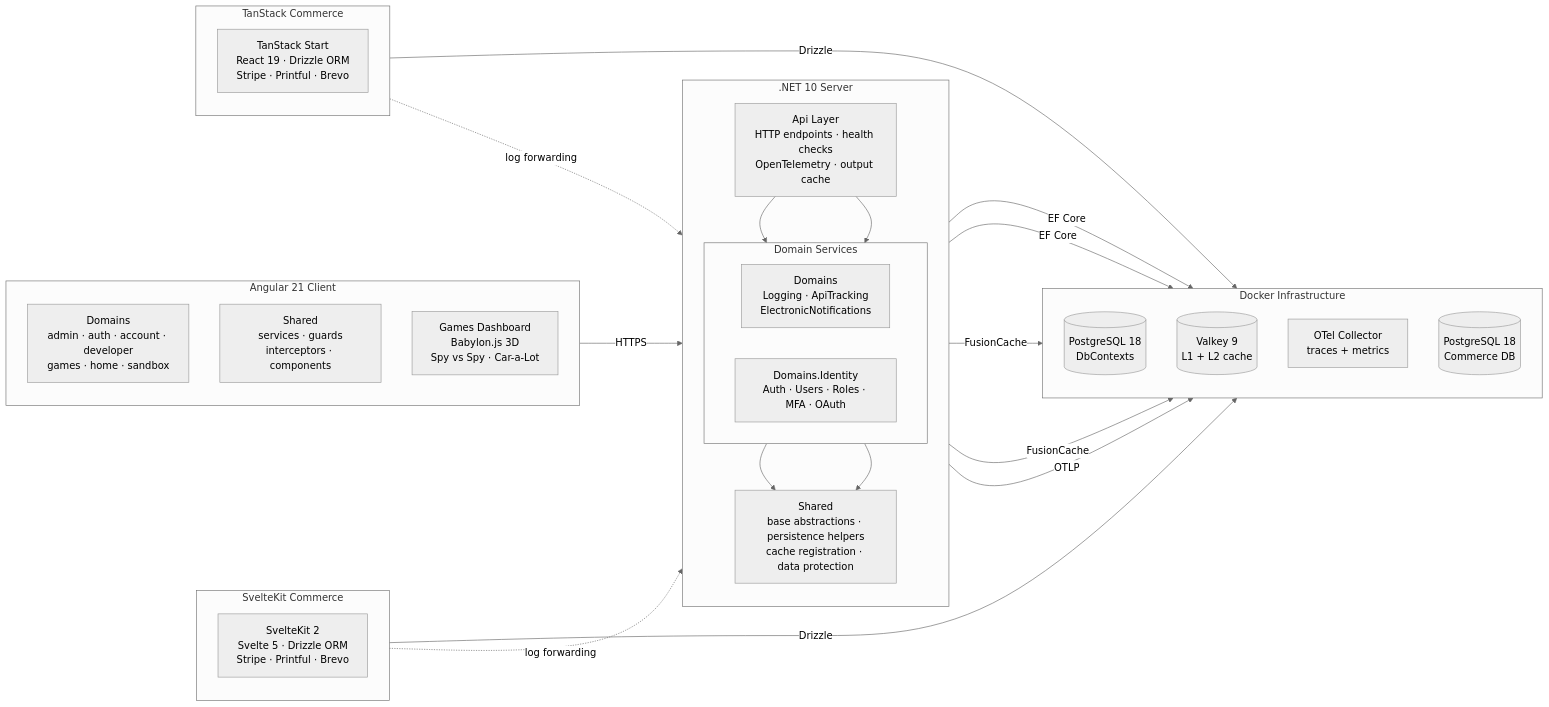
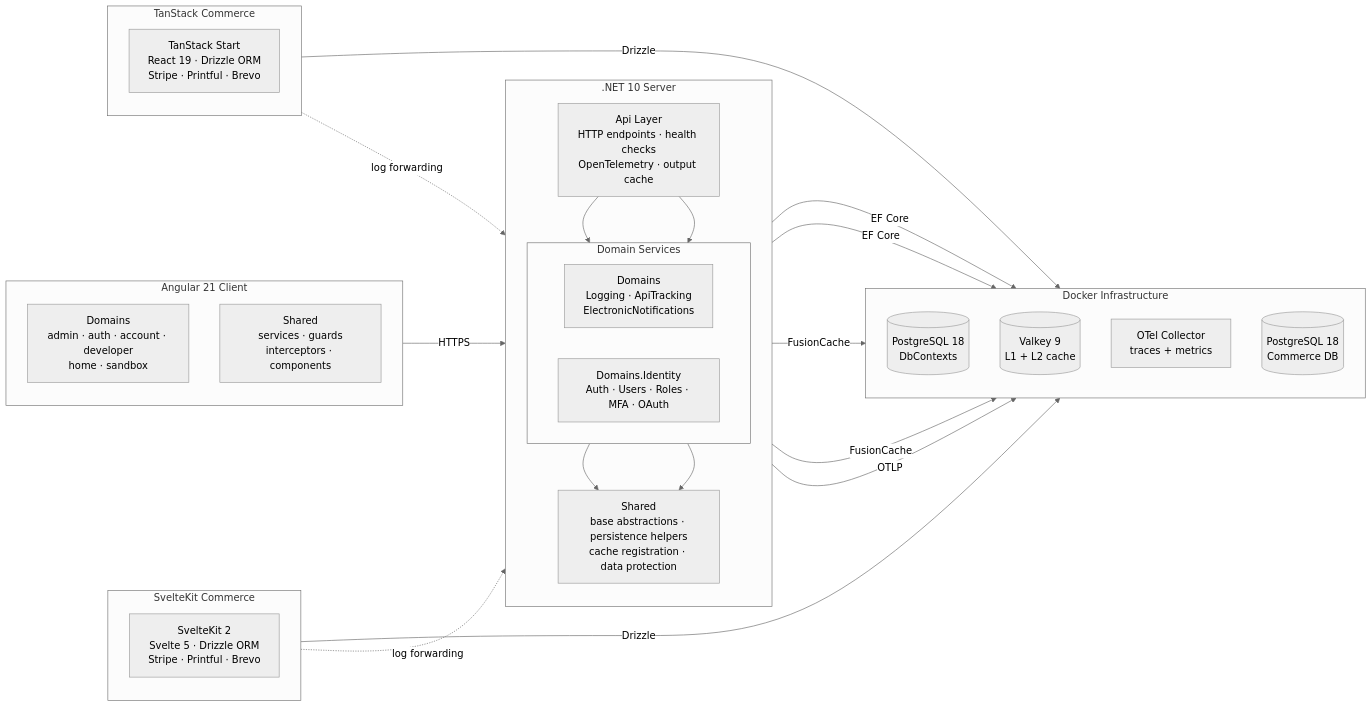
Before and after one commit to actionjacksonthegoat-debug/SeventySix: the first of 2 diagrams in README.md, drawn with Mermaid (neutral theme). The commit also changed other lines of this file and 232 other files, not shown here.

````diff
--- a/README.md
+++ b/README.md
@@ -294,53 +293,52 @@
 ```mermaid
 flowchart LR
     subgraph Client["Angular 21 Client"]
         direction TB
-        AppDomains["Domains<br/>admin · auth · account · developer<br/>games · home · sandbox"]
+        AppDomains["Domains<br/>admin · auth · account · developer<br/>home · sandbox"]
         AppShared["Shared<br/>services · guards<br/>interceptors · components"]
-        Games["Games Dashboard<br/>Babylon.js 3D<br/>Spy vs Spy · Car-a-Lot"]
     end
 
     subgraph Server[".NET 10 Server"]
         direction TB
         Api["Api Layer<br/>HTTP endpoints · health checks<br/>OpenTelemetry · output cache"]
         subgraph DomainGroup["Domain Services"]
             direction LR
             DomainLayer["Domains<br/>Logging · ApiTracking<br/>ElectronicNotifications"]
             Identity["Domains.Identity<br/>Auth · Users · Roles · MFA · OAuth"]
         end
         SharedServer["Shared<br/>base abstractions · persistence helpers<br/>cache registration · data protection"]
         Api --> DomainLayer
         Api --> Identity
         DomainLayer --> SharedServer
         Identity --> SharedServer
     end
 
     subgraph SvelteKit["SvelteKit Commerce"]
         direction TB
         SvelteApp["SvelteKit 2<br/>Svelte 5 · Drizzle ORM<br/>Stripe · Printful · Brevo"]
     end
 
     subgraph TanStack["TanStack Commerce"]
         direction TB
         TanStackApp["TanStack Start<br/>React 19 · Drizzle ORM<br/>Stripe · Printful · Brevo"]
     end
 
     subgraph Infra["Docker Infrastructure"]
         direction TB
         PG[("PostgreSQL 18<br/>DbContexts")]
         VK[("Valkey 9<br/>L1 + L2 cache")]
         OT["OTel Collector<br/>traces + metrics"]
         PGCommerce[("PostgreSQL 18<br/>Commerce DB")]
     end
 
     Client -->|HTTPS| Api
     DomainLayer -->|EF Core| PG
     Identity -->|EF Core| PG
     DomainLayer -->|FusionCache| VK
     Identity -->|FusionCache| VK
     Api -->|OTLP| OT
     SvelteApp -->|Drizzle| PGCommerce
     TanStackApp -->|Drizzle| PGCommerce
     SvelteApp -.->|log forwarding| Api
     TanStackApp -.->|log forwarding| Api
 ```
````
